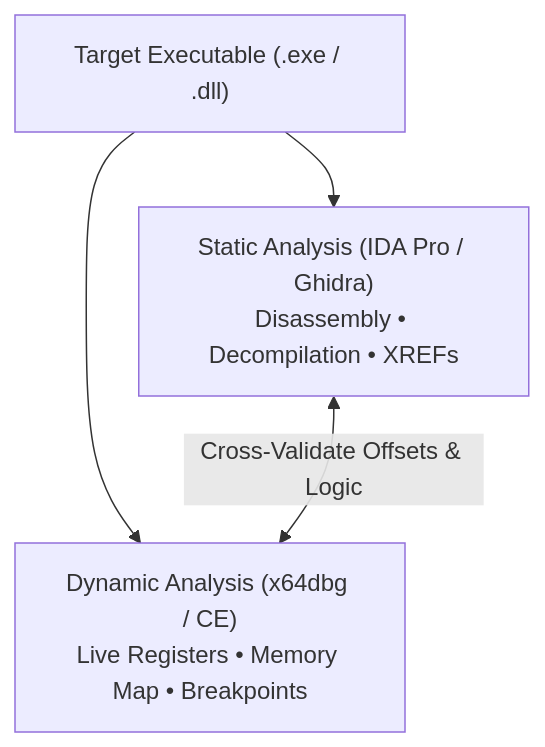
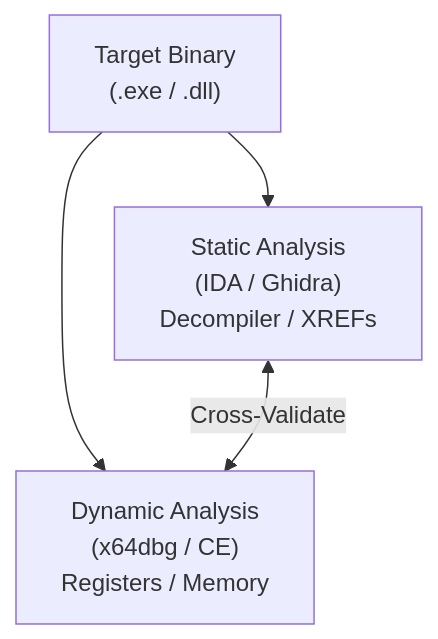
Before and after one commit to DaddyZyn/Cyber-security-notes: the first of 3 diagrams in topics/25-reverse-engineering-workflows-ida-ghidra-x64dbg-ce/README.md, drawn with Mermaid. The commit also changed other lines of this file and 7 other files, not shown here.

Commit message:
fix: reformat all diagrams in modules 20-27 with ultra-short line wrapping to prevent GitHub SVG text clipping

````diff
--- a/topics/25-reverse-engineering-workflows-ida-ghidra-x64dbg-ce/README.md
+++ b/topics/25-reverse-engineering-workflows-ida-ghidra-x64dbg-ce/README.md
@@ -32,7 +32,7 @@
 ```mermaid
 flowchart TD
-    Binary["Target Executable (.exe / .dll)"]
-    Binary --> Static["Static Analysis (IDA Pro / Ghidra)<br/>Disassembly • Decompilation • XREFs"]
-    Binary --> Dynamic["Dynamic Analysis (x64dbg / CE)<br/>Live Registers • Memory Map • Breakpoints"]
-    Static <-->|Cross-Validate Offsets & Logic| Dynamic
+    Binary["Target Binary<br/>(.exe / .dll)"]
+    Binary --> Static["Static Analysis<br/>(IDA / Ghidra)<br/>Decompiler / XREFs"]
+    Binary --> Dynamic["Dynamic Analysis<br/>(x64dbg / CE)<br/>Registers / Memory"]
+    Static <-->|Cross-Validate| Dynamic
 ```
````
